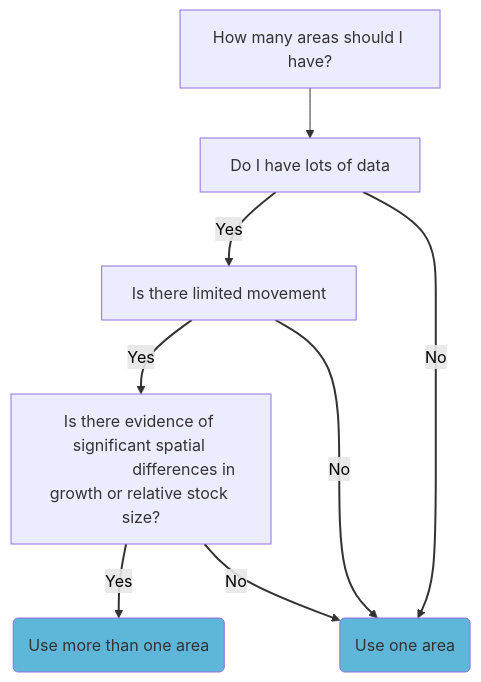
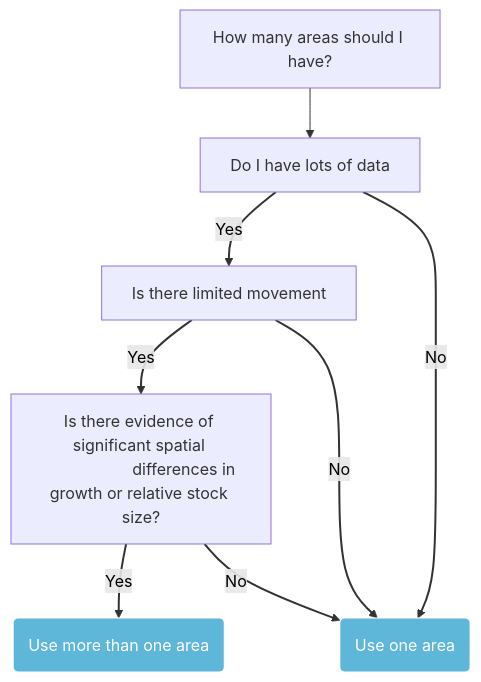
Before and after one commit to nmfs-ost/ss3-website: the first of 6 diagrams in website/qmds/ss3_setup_decisions.qmd, drawn with Mermaid. The commit also changed other lines of this file and 1 other file, not shown here.

````diff
--- a/website/qmds/ss3_setup_decisions.qmd
+++ b/website/qmds/ss3_setup_decisions.qmd
@@ -7,16 +7,16 @@
 ```{mermaid}
 %%| fig-alt: Decision process for determining the number of areas you should have in your SS3 model. Simply put, the diagram shows that if you have lots of data, limited movement, and evidence of significant spatial differences in growth or relative stock size, then you should use more than one area.
 flowchart TB
     accTitle: Number of areas
     A["How many areas should I have?"] --> B["Do I have lots of data"]
     B -- Yes --> C["Is there limited movement"]
     C -- Yes --> D["Is there evidence of significant spatial 
                     differences in growth or relative stock size?"]
     D -- Yes --> E("Use more than one area")
     B -- No --> F("Use one area")
     C -- No --> F
     D -- No --> F
     linkStyle 1,2,3,4,5,6 stroke-width:2px,color:black
-    style F fill:#5EB6D9
-    style E fill:#5EB6D9
+    style F fill:#5EB6D9,stroke:#fff,color:#fff
+    style E fill:#5EB6D9,stroke:#fff,color:#fff
 ```
````
